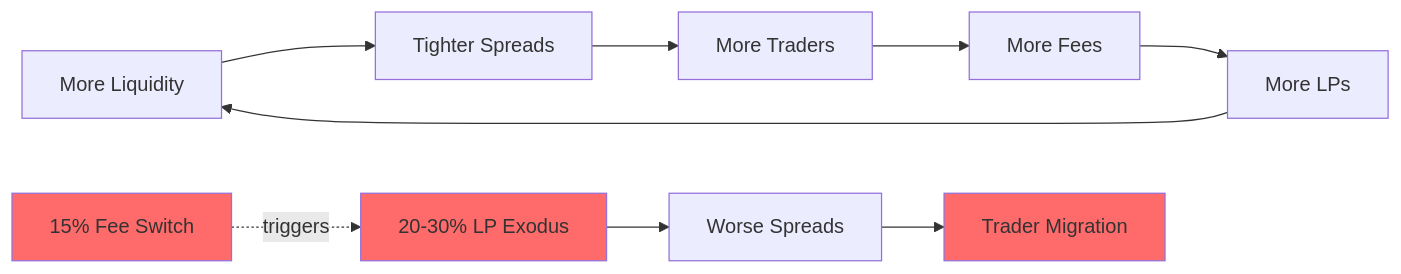
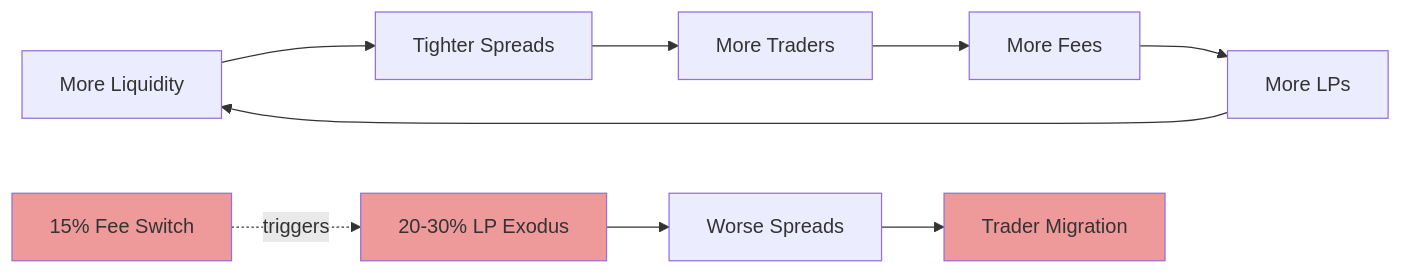
Before and after one commit to ljg-cqu/knowledge: the fifth of 11 diagrams in Industry/Blockchain/Blockchain/ValueChain/QA_Perplexity.md, drawn with Mermaid. The commit also changed other lines of this file and 6 other files, not shown here.

````diff
--- a/Industry/Blockchain/Blockchain/ValueChain/QA_Perplexity.md
+++ b/Industry/Blockchain/Blockchain/ValueChain/QA_Perplexity.md
@@ -284,16 +284,16 @@
 ```mermaid
 graph LR
     A[More Liquidity] --> B[Tighter Spreads]
     B --> C[More Traders]
     C --> D[More Fees]
     D --> E[More LPs]
     E --> A
     
     F[15% Fee Switch] -.triggers.-> G[20-30% LP Exodus]
     G --> H[Worse Spreads]
     H --> I[Trader Migration]
     
-    style F fill:#ff6b6b
-    style G fill:#ff6b6b
-    style I fill:#ff6b6b
+    style F fill:#EF9A9A
+    style G fill:#EF9A9A
+    style I fill:#EF9A9A
 ```
````
